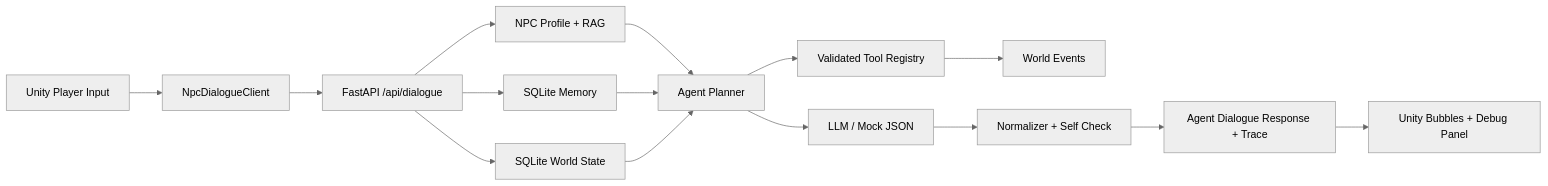
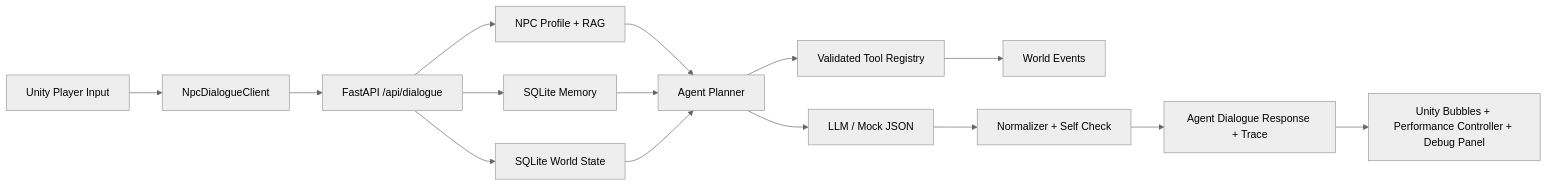
The diagram in README.md (Aringarosaph/NPC_interaction_agent_demo-unity-), drawn with Mermaid (neutral theme) before and after one commit. The commit also changed other lines of this file and 2 other files, not shown here.

Commit message:
docs: document constrained character performance

````diff
--- a/README.md
+++ b/README.md
@@ -19,17 +20,17 @@
 ```mermaid
 flowchart LR
     A["Unity Player Input"] --> B["NpcDialogueClient"]
     B --> C["FastAPI /api/dialogue"]
     C --> D["NPC Profile + RAG"]
     C --> E["SQLite Memory"]
     C --> F["SQLite World State"]
     D --> G["Agent Planner"]
     E --> G
     F --> G
     G --> H["Validated Tool Registry"]
     H --> I["World Events"]
     G --> J["LLM / Mock JSON"]
     J --> K["Normalizer + Self Check"]
     K --> L["Agent Dialogue Response + Trace"]
-    L --> M["Unity Bubbles + Debug Panel"]
+    L --> M["Unity Bubbles + Performance Controller + Debug Panel"]
 ```
````
